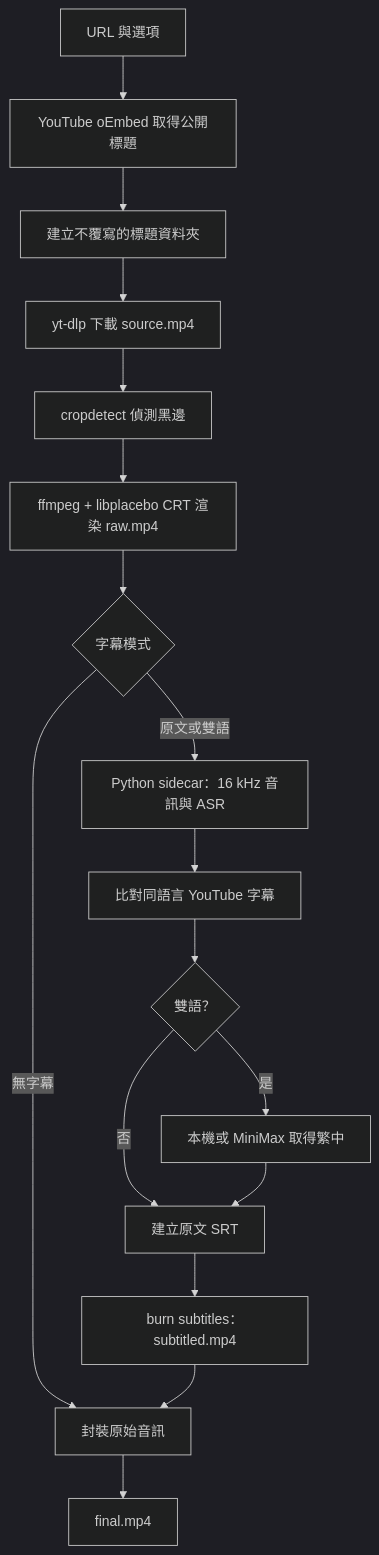
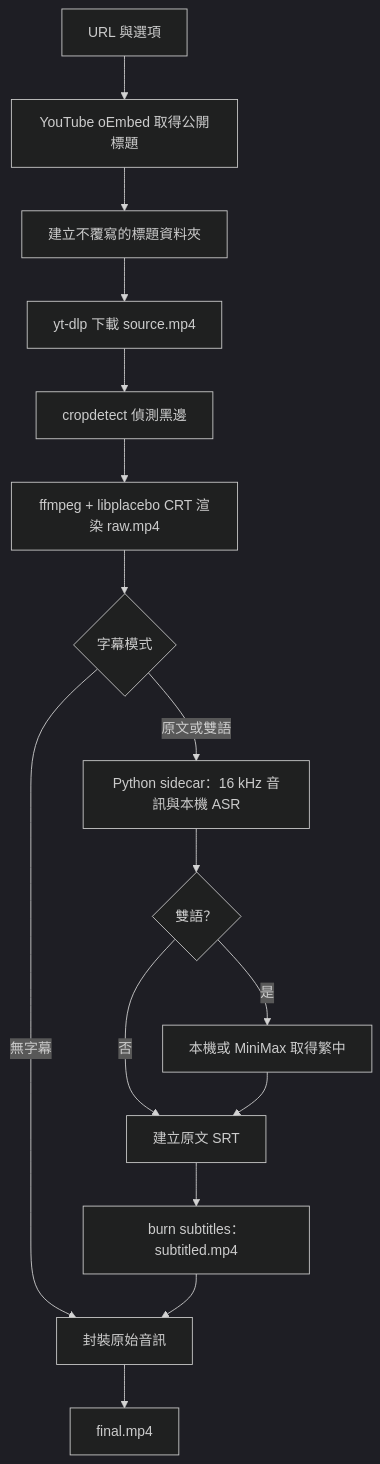
The diagram in video2crt-app/DEVELOPMENT_GUIDE.md (wuzkkavin/Video2CRT), drawn with Mermaid (dark theme) before and after one commit. The commit also changed other lines of this file and 10 other files, not shown here.

````diff
--- a/video2crt-app/DEVELOPMENT_GUIDE.md
+++ b/video2crt-app/DEVELOPMENT_GUIDE.md
@@ -64,19 +64,18 @@
 ```mermaid
 flowchart TD
   A[URL 與選項] --> B[YouTube oEmbed 取得公開標題]
   B --> C[建立不覆寫的標題資料夾]
   C --> D[yt-dlp 下載 source.mp4]
   D --> E[cropdetect 偵測黑邊]
   E --> F[ffmpeg + libplacebo CRT 渲染 raw.mp4]
   F --> G{字幕模式}
   G -->|無字幕| M[封裝原始音訊]
-  G -->|原文或雙語| H[Python sidecar：16 kHz 音訊與 ASR]
-  H --> I[比對同語言 YouTube 字幕]
-  I --> J{雙語？}
+  G -->|原文或雙語| H[Python sidecar：16 kHz 音訊與本機 ASR]
+  H --> J{雙語？}
   J -->|否| K[建立原文 SRT]
   J -->|是| L[本機或 MiniMax 取得繁中]
   L --> K
   K --> N[burn subtitles：subtitled.mp4]
   N --> M
   M --> O[final.mp4]
 ```
````
